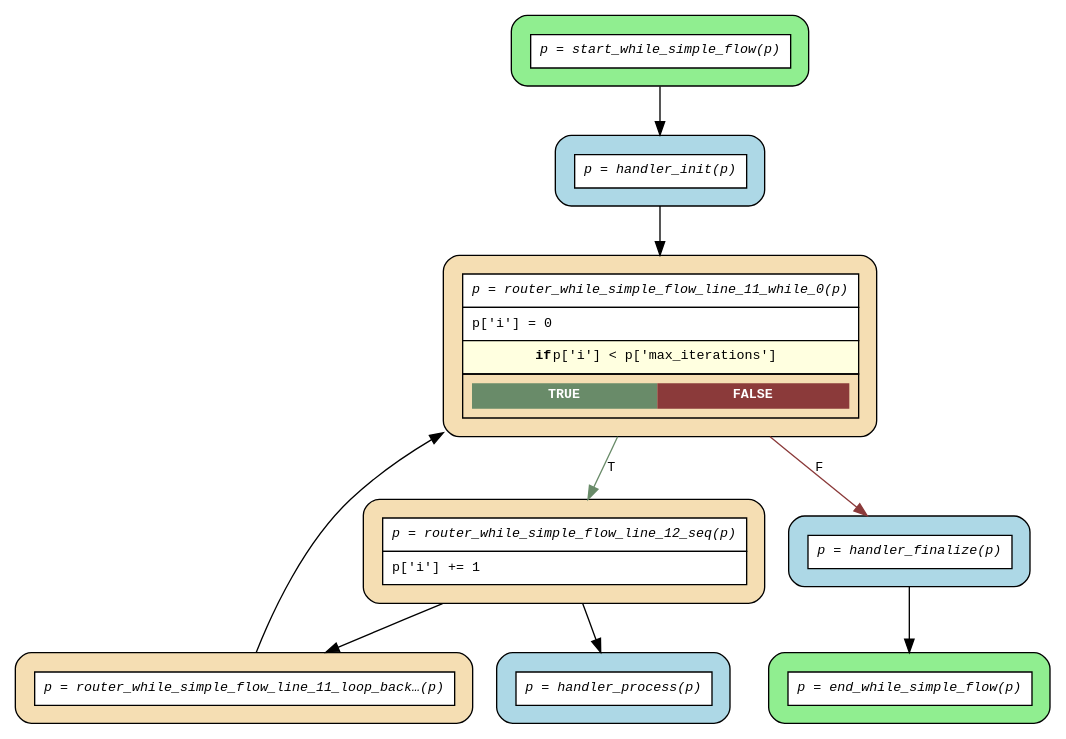
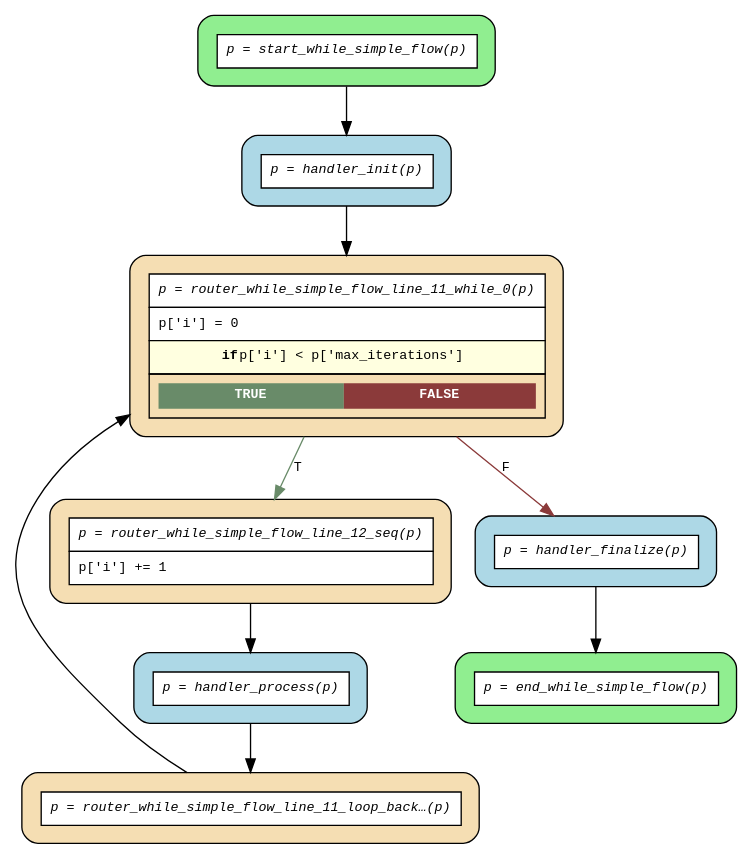
One commit to deliveryhero/asya changed the diagram in examples/flows/compiled/while_simple/flow.dot. Above: the diagram before and after it, drawn with Graphviz. The commit also changed 29 other files, not shown here.

First line of the commit message:
fix(dotgen): connect while-loop body actors to loop_back router

```diff
--- a/examples/flows/compiled/while_simple/flow.dot
+++ b/examples/flows/compiled/while_simple/flow.dot
@@ -1,24 +1,24 @@
 digraph flow {
   rankdir=TB;
   graph [fontname="Courier", fontsize=10];
   node [fontname="Courier", fontsize=10, shape=box, style="filled,rounded", margin="0.2"];
   edge [fontname="Courier", fontsize=10];
 
   start_while_simple_flow [fillcolor="lightgreen", label=<<table border="0" cellspacing="0" cellpadding="6" cellborder="1"><tr><td bgcolor="white" align="center"><i>p = start_while_simple_flow(p)</i></td></tr></table>>];
   router_while_simple_flow_line_12_seq [fillcolor="wheat", label=<<table border="0" cellspacing="0" cellpadding="6" cellborder="1"><tr><td bgcolor="white" align="center"><i>p = router_while_simple_flow_line_12_seq(p)</i></td></tr><tr><td bgcolor="white" align="left">p['i'] += 1</td></tr></table>>];
   router_while_simple_flow_line_11_loop_back_0 [fillcolor="wheat", label=<<table border="0" cellspacing="0" cellpadding="6" cellborder="1"><tr><td bgcolor="white" align="center"><i>p = router_while_simple_flow_line_11_loop_back…(p)</i></td></tr></table>>];
   router_while_simple_flow_line_11_while_0 [fillcolor="wheat", label=<<table border="0" cellspacing="0" cellpadding="6" cellborder="1"><tr><td bgcolor="white" align="center"><i>p = router_while_simple_flow_line_11_while_0(p)</i></td></tr><tr><td bgcolor="white" align="left">p['i'] = 0</td></tr><tr><td bgcolor="lightyellow"><b>if</b> p['i'] &lt; p['max_iterations']</td></tr><tr><td><table border="0" cellspacing="0" cellpadding="4"><tr><td bgcolor="darkseagreen4"><font color="white"><b>TRUE</b></font></td><td bgcolor="indianred4"><font color="white"><b>FALSE</b></font></td></tr></table></td></tr></table>>];
   end_while_simple_flow [fillcolor="lightgreen", label=<<table border="0" cellspacing="0" cellpadding="6" cellborder="1"><tr><td bgcolor="white" align="center"><i>p = end_while_simple_flow(p)</i></td></tr></table>>];
   handler_finalize [fillcolor="lightblue", label=<<table border="0" cellspacing="0" cellpadding="6" cellborder="1"><tr><td bgcolor="white" align="center"><i>p = handler_finalize(p)</i></td></tr></table>>];
   handler_init [fillcolor="lightblue", label=<<table border="0" cellspacing="0" cellpadding="6" cellborder="1"><tr><td bgcolor="white" align="center"><i>p = handler_init(p)</i></td></tr></table>>];
   handler_process [fillcolor="lightblue", label=<<table border="0" cellspacing="0" cellpadding="6" cellborder="1"><tr><td bgcolor="white" align="center"><i>p = handler_process(p)</i></td></tr></table>>];
 
   handler_finalize -> end_while_simple_flow;
   handler_init -> router_while_simple_flow_line_11_while_0;
+  handler_process -> router_while_simple_flow_line_11_loop_back_0;
   router_while_simple_flow_line_11_loop_back_0 -> router_while_simple_flow_line_11_while_0 [constraint=false];
   router_while_simple_flow_line_11_while_0 -> handler_finalize [label="F", color=indianred4];
   router_while_simple_flow_line_11_while_0 -> router_while_simple_flow_line_12_seq [label="T", color=darkseagreen4];
   router_while_simple_flow_line_12_seq -> handler_process;
-  router_while_simple_flow_line_12_seq -> router_while_simple_flow_line_11_loop_back_0;
   start_while_simple_flow -> handler_init;
 }
```
